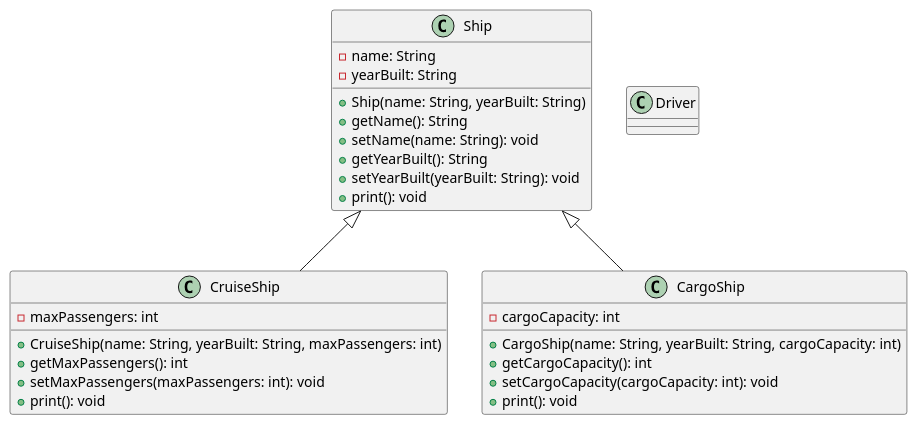
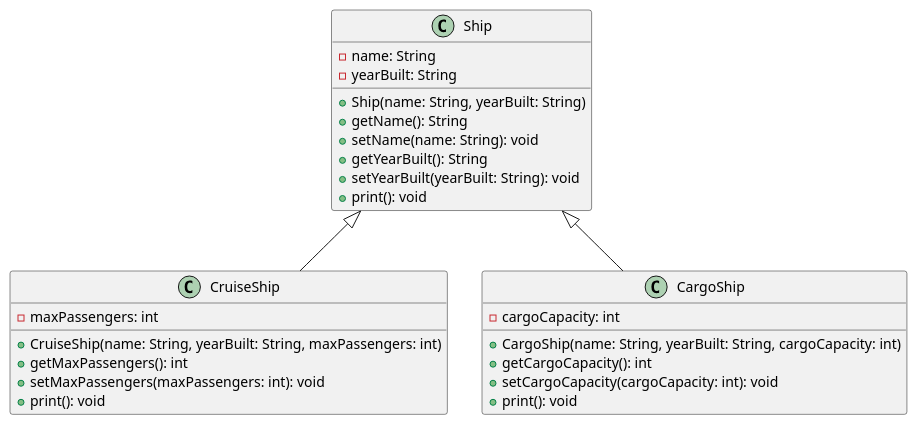
The diagram in assignment-1_1/bin/main/java/uml/package2.puml (RoaringCamels/CS5800-Adv-Software-Engineering), drawn with PlantUML before and after one commit. The commit also changed 3 other files, not shown here.

Commit message:
updated names for object diagram

```diff
--- a/assignment-1_1/bin/main/java/uml/package2.puml
+++ b/assignment-1_1/bin/main/java/uml/package2.puml
@@ -1,38 +1,36 @@
 @startuml classdiagram2
 
 class Ship {
   - name: String
   - yearBuilt: String
 
   + Ship(name: String, yearBuilt: String)
   + getName(): String
   + setName(name: String): void
   + getYearBuilt(): String
   + setYearBuilt(yearBuilt: String): void
   + print(): void
 }
 
 class CruiseShip {
   - maxPassengers: int
 
   + CruiseShip(name: String, yearBuilt: String, maxPassengers: int)
   + getMaxPassengers(): int
   + setMaxPassengers(maxPassengers: int): void
   + print(): void
 }
 
 class CargoShip {
   - cargoCapacity: int
 
   + CargoShip(name: String, yearBuilt: String, cargoCapacity: int)
   + getCargoCapacity(): int
   + setCargoCapacity(cargoCapacity: int): void
   + print(): void
 }
 
-class Driver {}
-
 Ship <|-- CruiseShip
 Ship <|-- CargoShip
 
 @enduml
```
